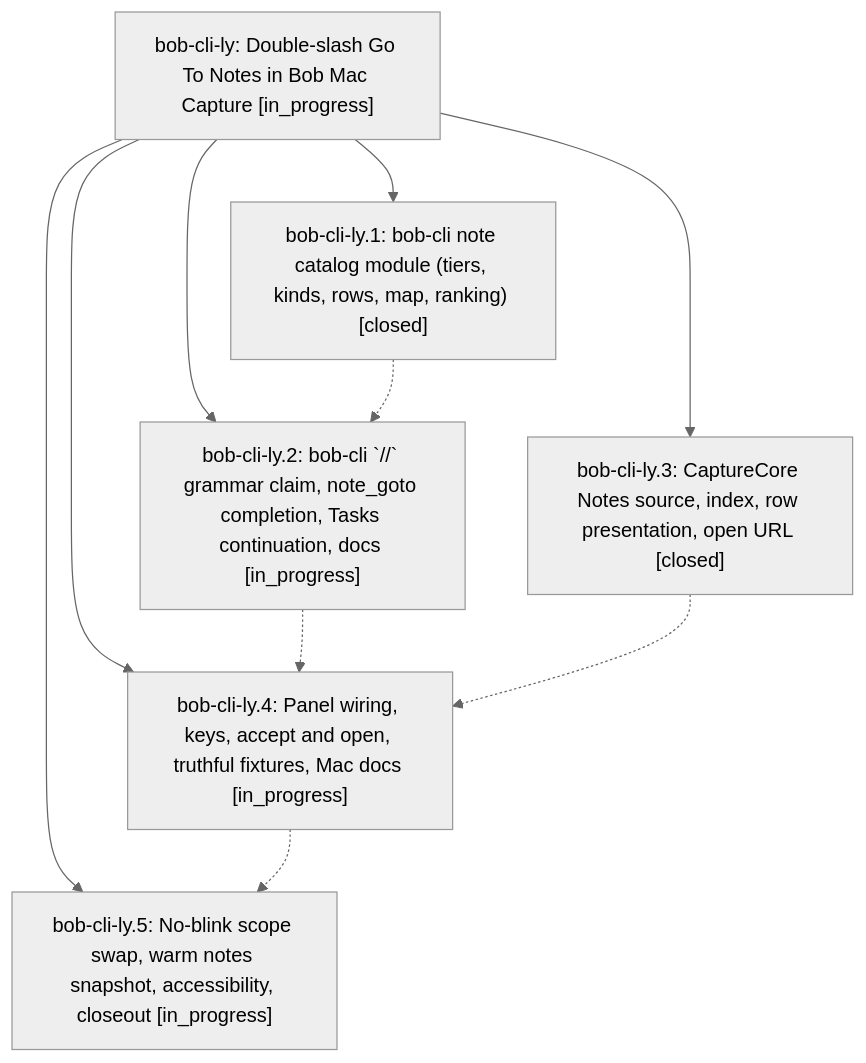
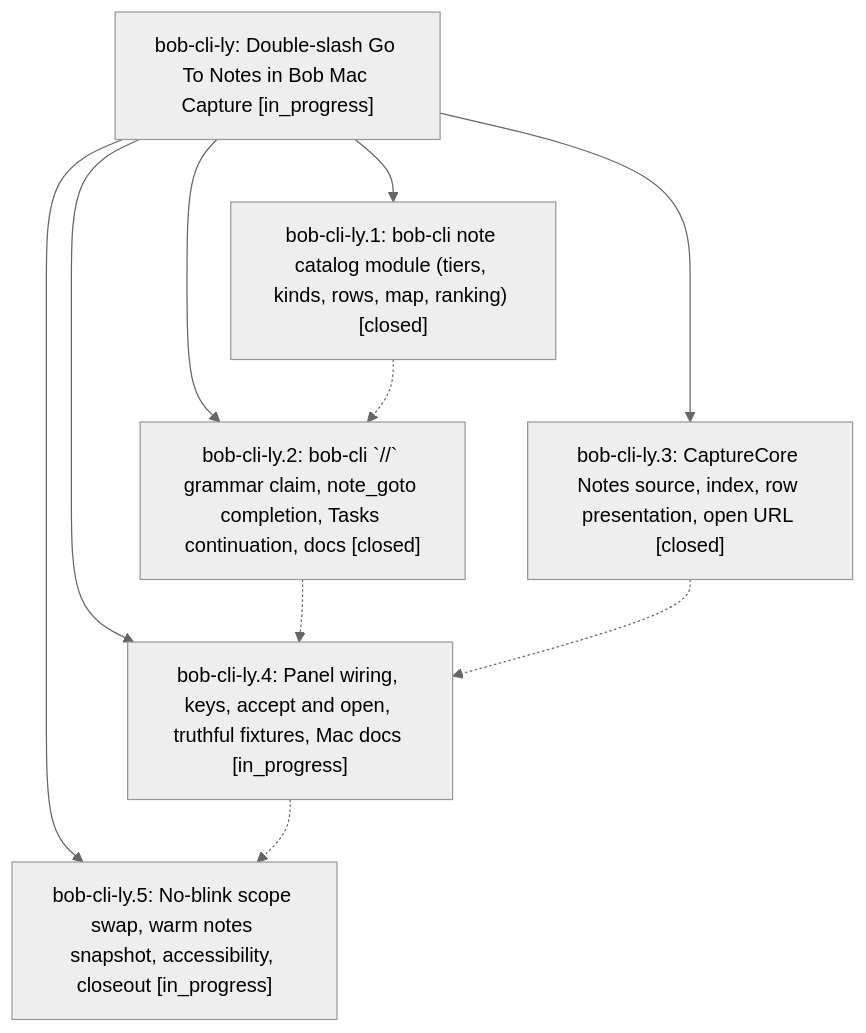
Before and after one commit to bobs-org/bob-cli--beads: the diagram in pages/bob-cli-ly/README.md, drawn with Mermaid (neutral theme). The commit also changed other lines of this file and 3 other files, not shown here.

First line of the commit message:
chore(beads): sync bead state and pages for bob-cli-ly

````diff
--- a/pages/bob-cli-ly/README.md
+++ b/pages/bob-cli-ly/README.md
@@ -42,18 +44,18 @@
 ```mermaid
 flowchart TD
     n0["bob-cli-ly: Double-slash Go To Notes in Bob Mac Capture [in_progress]"]
     n1["bob-cli-ly.1: bob-cli note catalog module (tiers, kinds, rows, map, ranking) [closed]"]
-    n2["bob-cli-ly.2: bob-cli `//` grammar claim, note_goto completion, Tasks continuation, docs [in_progress]"]
+    n2["bob-cli-ly.2: bob-cli `//` grammar claim, note_goto completion, Tasks continuation, docs [closed]"]
     n3["bob-cli-ly.3: CaptureCore Notes source, index, row presentation, open URL [closed]"]
     n4["bob-cli-ly.4: Panel wiring, keys, accept and open, truthful fixtures, Mac docs [in_progress]"]
     n5["bob-cli-ly.5: No-blink scope swap, warm notes snapshot, accessibility, closeout [in_progress]"]
     n0 --> n1
     n0 --> n2
     n0 --> n3
     n0 --> n4
     n0 --> n5
     n1 -.-> n2
     n2 -.-> n4
     n3 -.-> n4
     n4 -.-> n5
 ```
````
